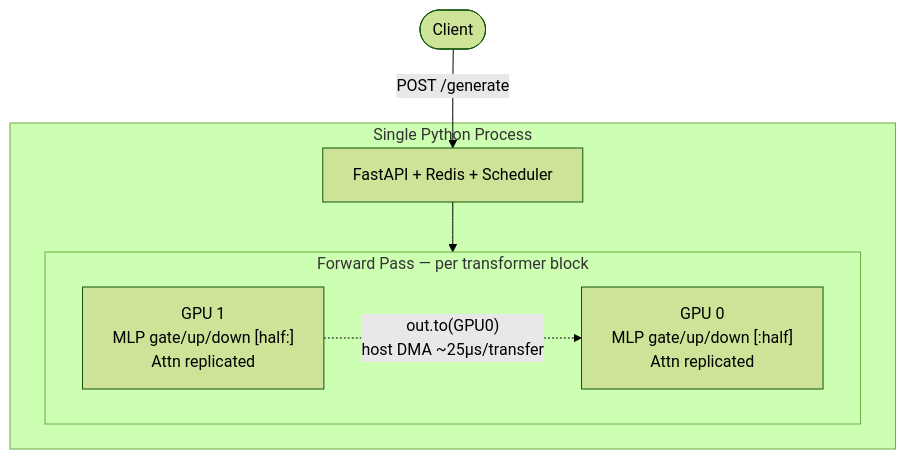
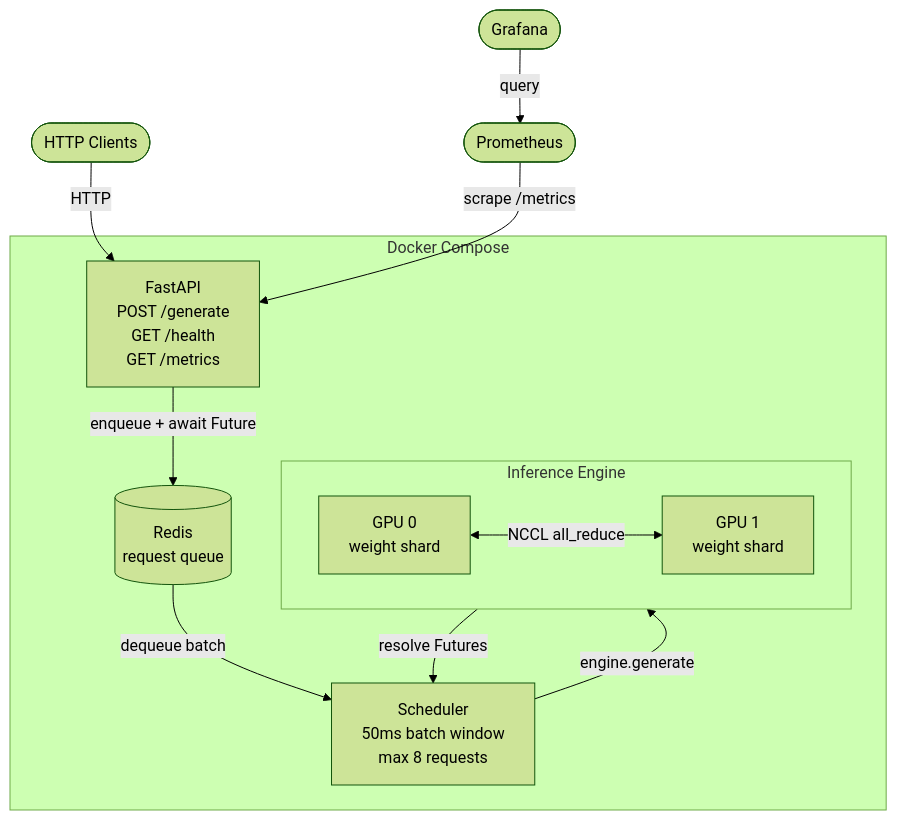
One commit to sahilnale/distributed-llm-inference-server changed the diagram in README.md. Above: the diagram before and after it, drawn with Mermaid (forest theme). The commit also changed other lines of this file, not shown here.

Commit message:
Expand README to show full stack — API, Redis, Prometheus, Grafana, Docker

````diff
--- a/README.md
+++ b/README.md
@@ -54,16 +13,26 @@
 ```mermaid
 flowchart TD
-    Client(["Client"])
+    Client(["HTTP Clients"])
+    Prometheus(["Prometheus"])
+    Grafana(["Grafana"])
 
-    subgraph SingleProcess["Single Python Process"]
-        API["FastAPI + Redis + Scheduler"]
-        subgraph Forward["Forward Pass — per transformer block"]
-            direction LR
-            GPU0["GPU 0\nMLP gate/up/down [:half]\nAttn replicated"]
-            GPU1["GPU 1\nMLP gate/up/down [half:]\nAttn replicated"]
-            GPU1 -. "out.to(GPU0)\nhost DMA ~25µs/transfer" .-> GPU0
+    subgraph Docker Compose
+        API["FastAPI\nPOST /generate\nGET /health\nGET /metrics"]
+        Redis[("Redis\nrequest queue")]
+        Scheduler["Scheduler\n50ms batch window\nmax 8 requests"]
+
+        subgraph Engine["Inference Engine"]
+            GPU0["GPU 0\nweight shard"]
+            GPU1["GPU 1\nweight shard"]
+            GPU0 <-->|"NCCL all_reduce"| GPU1
         end
     end
 
-    Client -->|POST /generate| API --> Forward
+    Client -->|HTTP| API
+    API -->|enqueue + await Future| Redis
+    Redis -->|dequeue batch| Scheduler
+    Scheduler -->|engine.generate| Engine
+    Engine -->|resolve Futures| Scheduler
+    Prometheus -->|scrape /metrics| API
+    Grafana -->|query| Prometheus
 ```
````
